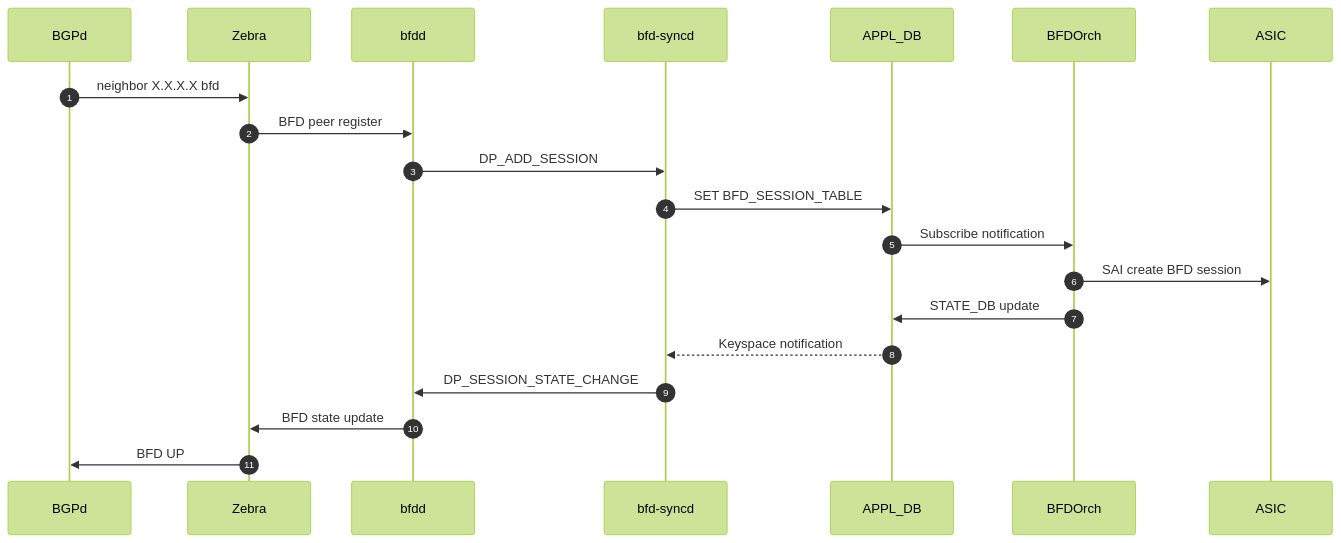
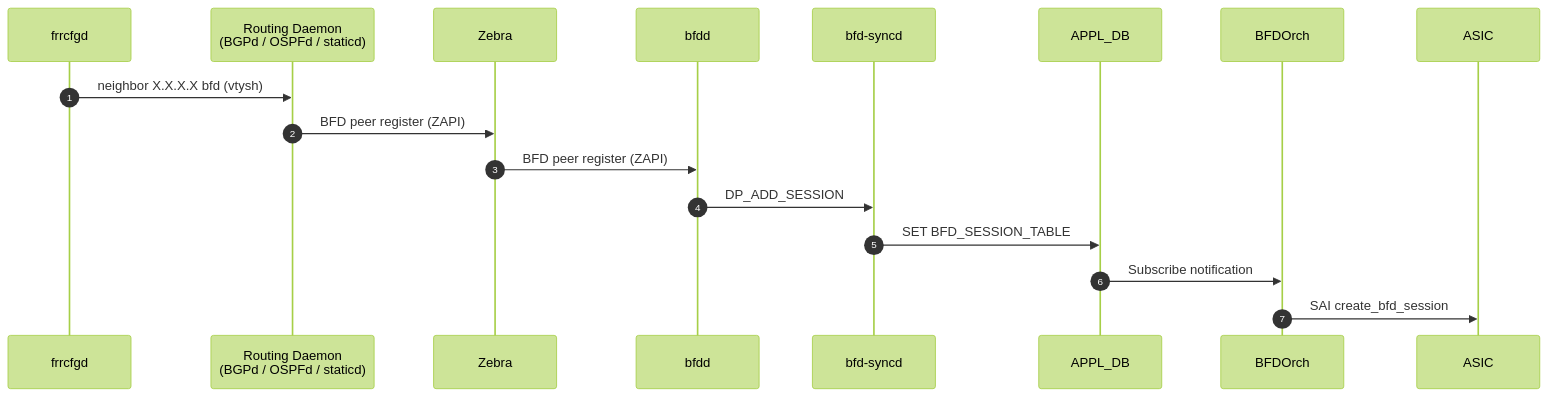
Before and after one commit to sonic-net/SONiC: the fourth of 13 diagrams in doc/bfd/BFD_Syncd_HLD.md, drawn with Mermaid (forest theme). The commit also changed other lines of this file, not shown here.

Commit message:
Update BFD_Syncd_HLD.md with v0.2

````diff
--- a/doc/bfd/BFD_Syncd_HLD.md
+++ b/doc/bfd/BFD_Syncd_HLD.md
@@ -256,23 +420,20 @@
 ```mermaid
 sequenceDiagram
     autonumber
-    participant BGPd
+    participant frrcfgd
+    participant RoutingDaemon as Routing Daemon<br/>(BGPd / OSPFd / staticd)
     participant Zebra
     participant bfdd
     participant bfd-syncd
     participant APPL_DB
     participant BFDOrch
     participant ASIC
 
-    BGPd->>Zebra: neighbor X.X.X.X bfd
-    Zebra->>bfdd: BFD peer register
+    frrcfgd->>RoutingDaemon: neighbor X.X.X.X bfd (vtysh)
+    RoutingDaemon->>Zebra: BFD peer register (ZAPI)
+    Zebra->>bfdd: BFD peer register (ZAPI)
     bfdd->>bfd-syncd: DP_ADD_SESSION
     bfd-syncd->>APPL_DB: SET BFD_SESSION_TABLE
     APPL_DB->>BFDOrch: Subscribe notification
-    BFDOrch->>ASIC: SAI create BFD session
-    BFDOrch->>APPL_DB: STATE_DB update
-    APPL_DB-->>bfd-syncd: Keyspace notification
-    bfd-syncd->>bfdd: DP_SESSION_STATE_CHANGE
-    bfdd->>Zebra: BFD state update
-    Zebra->>BGPd: BFD UP
+    BFDOrch->>ASIC: SAI create_bfd_session
 ```
````
